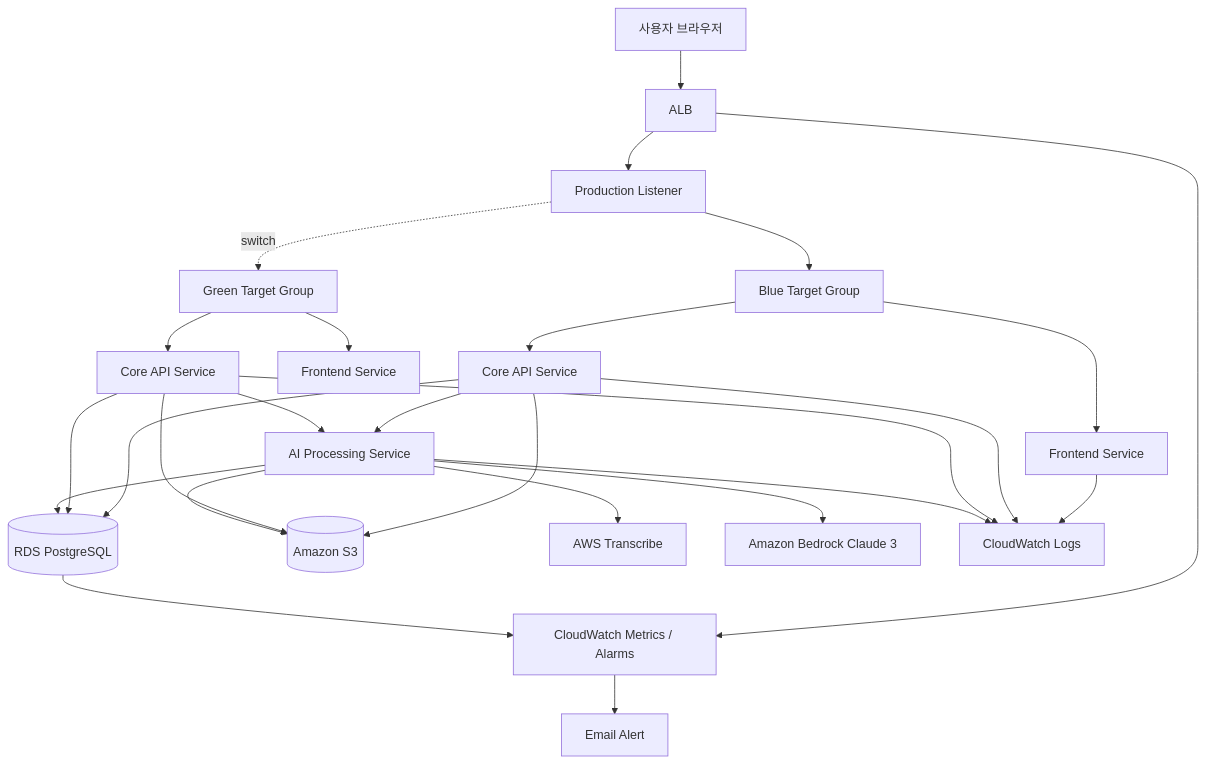
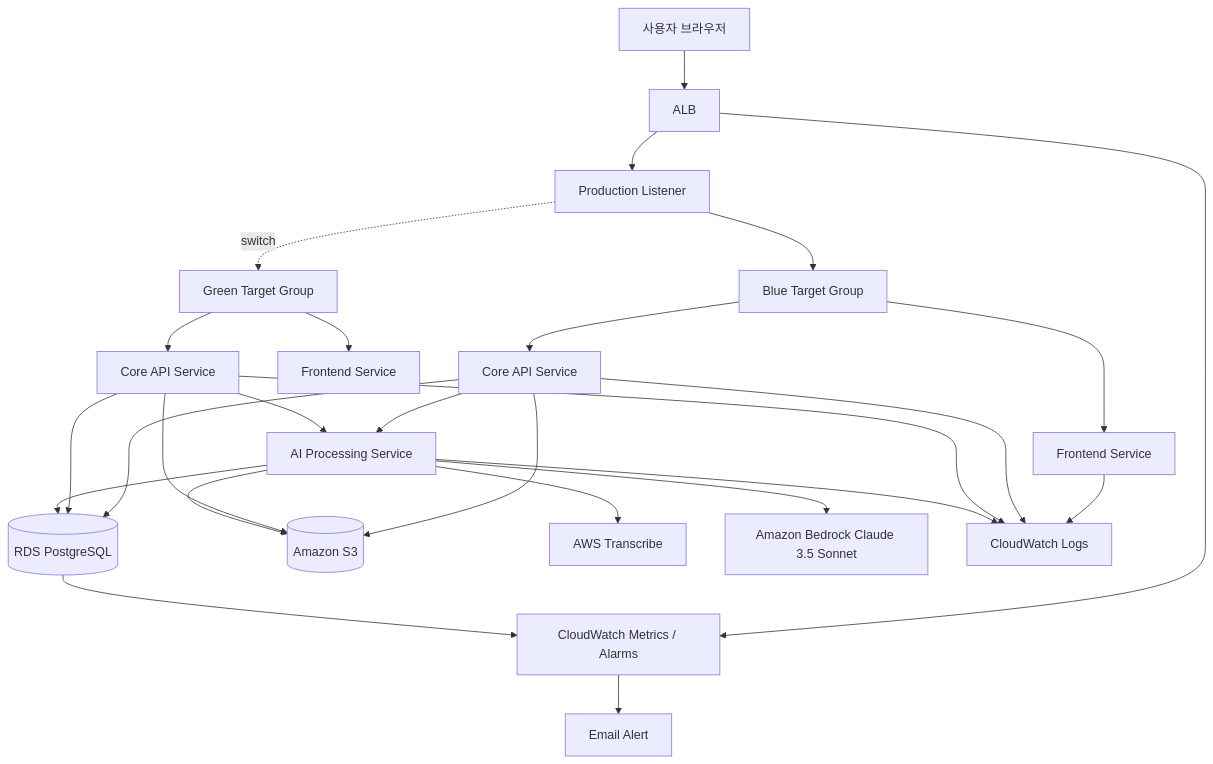
One commit to Project-AWS-AI-Minutes/AI-Minutes changed the diagram in COMMON/network-topology.md. Above: the diagram before and after it, drawn with Mermaid. The commit also changed other lines of this file and 15 other files, not shown here.

````diff
--- a/COMMON/network-topology.md
+++ b/COMMON/network-topology.md
@@ -9,28 +9,28 @@
 ```mermaid
 flowchart TB
     U[사용자 브라우저] --> ALB[ALB]
     ALB --> LISTENER[Production Listener]
     LISTENER --> TGB[Blue Target Group]
     LISTENER -. switch .-> TGG[Green Target Group]
     TGB --> FE[Frontend Service]
     TGB --> API[Core API Service]
     TGG --> FEG[Frontend Service]
     TGG --> APIG[Core API Service]
     API --> AI[AI Processing Service]
     API --> DB[(RDS PostgreSQL)]
     API --> OS[(Amazon S3)]
     APIG --> AI
     APIG --> DB
     APIG --> OS
     AI --> DB
     AI --> OS
     AI --> TRANS[AWS Transcribe]
-    AI --> BEDROCK[Amazon Bedrock Claude 3]
+    AI --> BEDROCK[Amazon Bedrock Claude 3.5 Sonnet]
     FE --> CWL[CloudWatch Logs]
     API --> CWL
     APIG --> CWL
     AI --> CWL
     ALB --> CWM[CloudWatch Metrics / Alarms]
     DB --> CWM
     CWM --> EMAIL[Email Alert]
 ```
````
